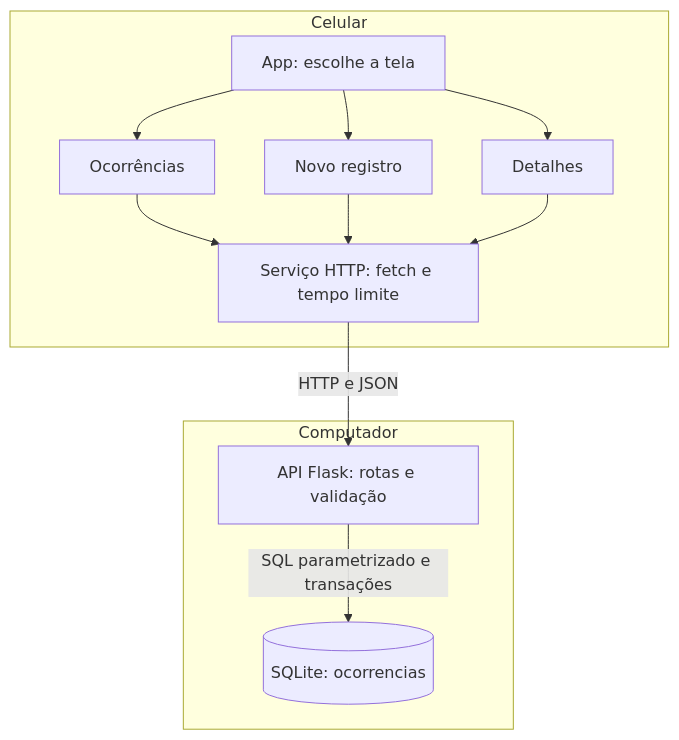
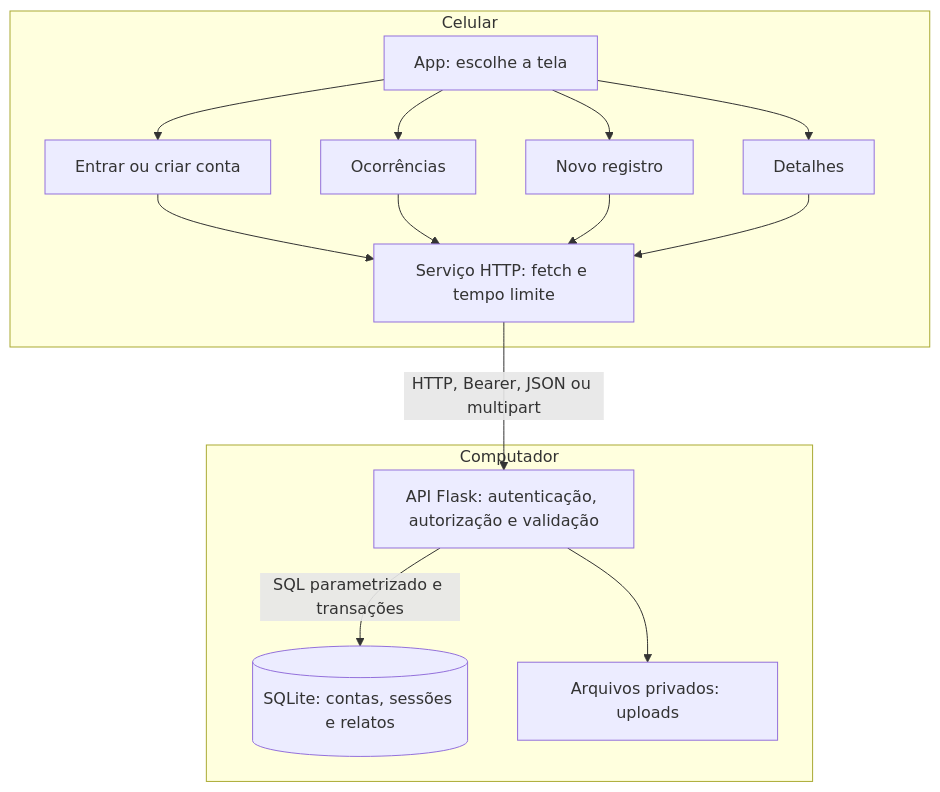
Before and after one commit to matheuslagares/APS_8: the first of 5 diagrams in documentacao/ARQUITETURA.md, drawn with Mermaid. The commit also changed other lines of this file and 59 other files, not shown here.

Commit message:
Adiciona login, GPS, mapas e anexos privados aos relatos

````diff
--- a/documentacao/ARQUITETURA.md
+++ b/documentacao/ARQUITETURA.md
@@ -22,22 +43,27 @@
 ```mermaid
 flowchart TB
     subgraph Celular
         A[App: escolhe a tela]
+        E[Entrar ou criar conta]
         L[Ocorrências]
         N[Novo registro]
         D[Detalhes]
         S[Serviço HTTP: fetch e tempo limite]
+        A --> E
         A --> L
         A --> N
         A --> D
+        E --> S
         L --> S
         N --> S
         D --> S
     end
     subgraph Computador
-        API[API Flask: rotas e validação]
-        DB[(SQLite: ocorrencias)]
+        API[API Flask: autenticação, autorização e validação]
+        DB[(SQLite: contas, sessões e relatos)]
+        F[Arquivos privados: uploads]
         API -->|SQL parametrizado e transações| DB
+        API --> F
     end
-    S -->|HTTP e JSON| API
+    S -->|HTTP, Bearer, JSON ou multipart| API
 ```
````
